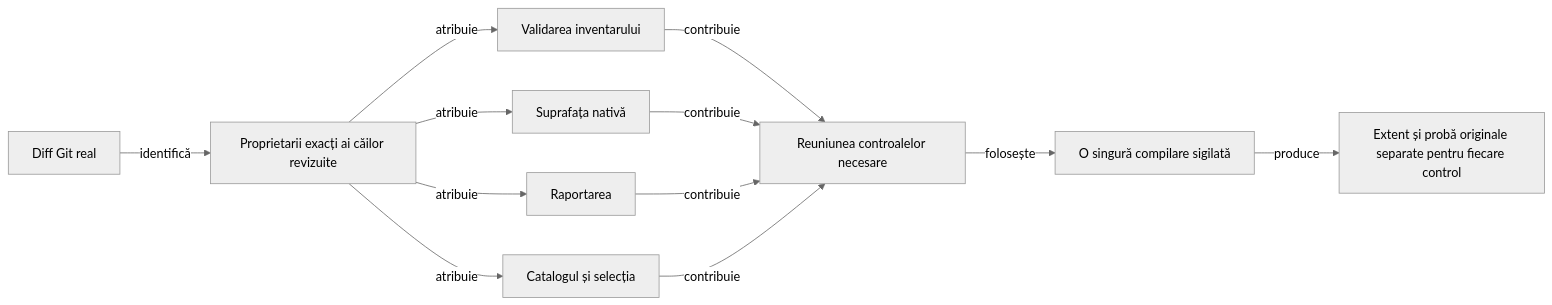
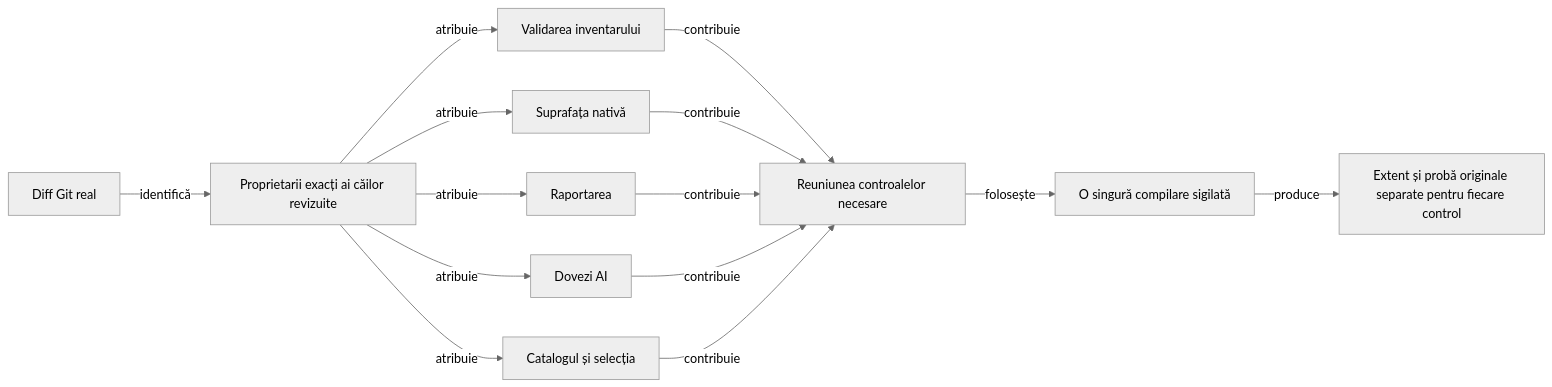
Before and after one commit to crististefanita/whist: the third of 3 diagrams in docs/governance/ATF_TestChanges.md, drawn with Mermaid (neutral theme). The commit also changed other lines of this file and 19 other files, not shown here.

````diff
--- a/docs/governance/ATF_TestChanges.md
+++ b/docs/governance/ATF_TestChanges.md
@@ -169,14 +170,16 @@
 ```mermaid
 flowchart LR
     DIFF["Diff Git real"] -->|identifică| OWNER["Proprietarii exacți ai căilor revizuite"]
     OWNER -->|atribuie| VALIDATOR["Validarea inventarului"]
     OWNER -->|atribuie| UI["Suprafața nativă"]
     OWNER -->|atribuie| REPORT["Raportarea"]
+    OWNER -->|atribuie| AI["Dovezi AI"]
     OWNER -->|atribuie| CATALOG["Catalogul și selecția"]
     VALIDATOR -->|contribuie| UNION["Reuniunea controalelor necesare"]
     UI -->|contribuie| UNION
     REPORT -->|contribuie| UNION
+    AI -->|contribuie| UNION
     CATALOG -->|contribuie| UNION
     UNION -->|folosește| COMPILE["O singură compilare sigilată"]
     COMPILE -->|produce| PROOFS["Extent și probă originale separate pentru fiecare control"]
 ```
````
